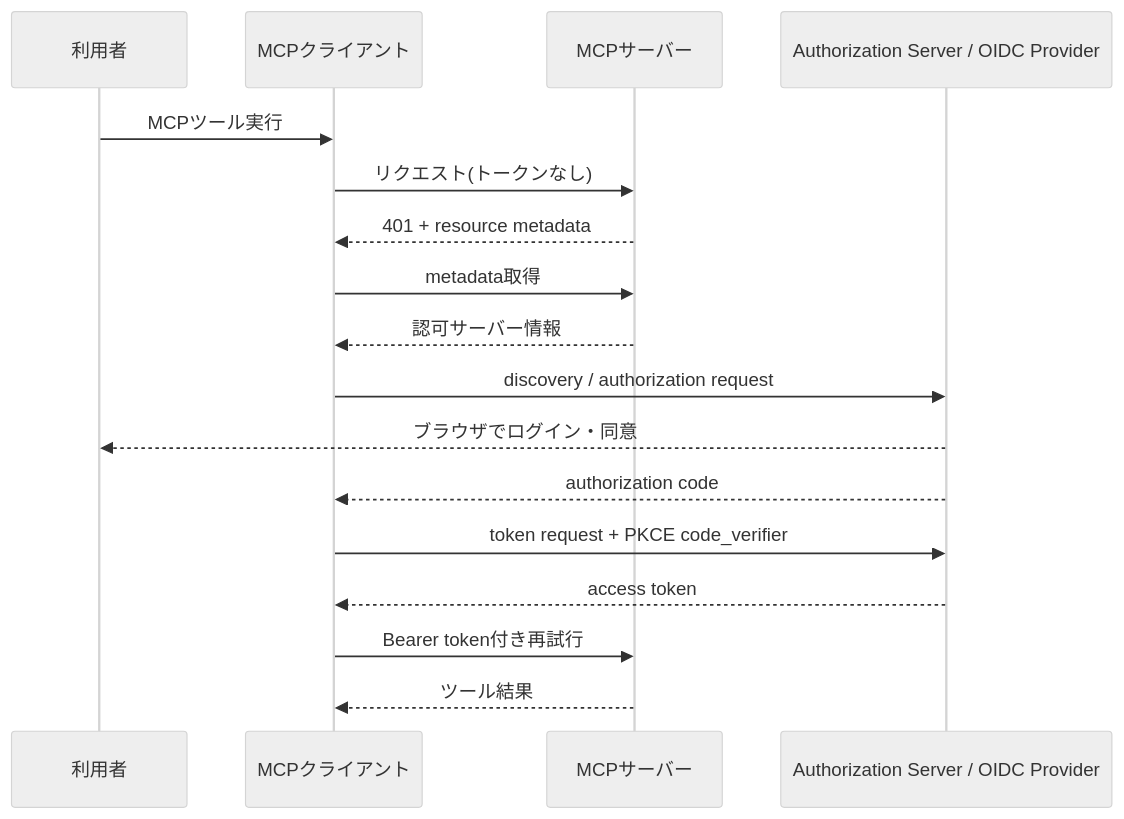
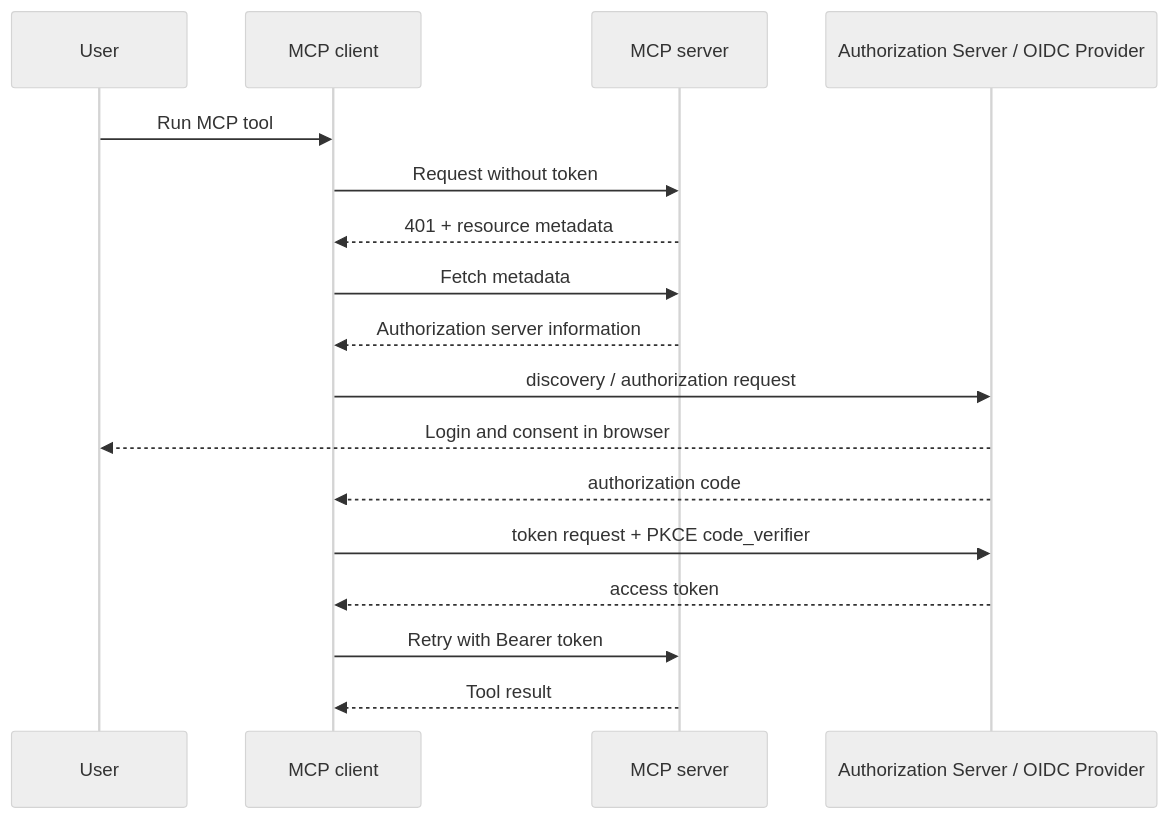
The second of 4 diagrams in content/blog/en/oauth21-pkce-mcp-auth.mdx (daylight55/research), drawn with Mermaid (neutral theme) before and after one commit. The commit also changed other lines of this file and 26 other files, not shown here.

Commit message:
Translate English Mermaid labels

````diff
--- a/content/blog/en/oauth21-pkce-mcp-auth.mdx
+++ b/content/blog/en/oauth21-pkce-mcp-auth.mdx
@@ -62,20 +62,20 @@
 ```mermaid
 sequenceDiagram
-  participant User as 利用者
-  participant Client as MCPクライアント
-  participant MCP as MCPサーバー
+  participant User as User
+  participant Client as MCP client
+  participant MCP as MCP server
   participant AS as Authorization Server / OIDC Provider
 
-  User->>Client: MCPツール実行
-  Client->>MCP: リクエスト(トークンなし)
+  User->>Client: Run MCP tool
+  Client->>MCP: Request without token
   MCP-->>Client: 401 + resource metadata
-  Client->>MCP: metadata取得
-  MCP-->>Client: 認可サーバー情報
+  Client->>MCP: Fetch metadata
+  MCP-->>Client: Authorization server information
   Client->>AS: discovery / authorization request
-  AS-->>User: ブラウザでログイン・同意
+  AS-->>User: Login and consent in browser
   AS-->>Client: authorization code
   Client->>AS: token request + PKCE code_verifier
   AS-->>Client: access token
-  Client->>MCP: Bearer token付き再試行
-  MCP-->>Client: ツール結果
+  Client->>MCP: Retry with Bearer token
+  MCP-->>Client: Tool result
 ```
````
